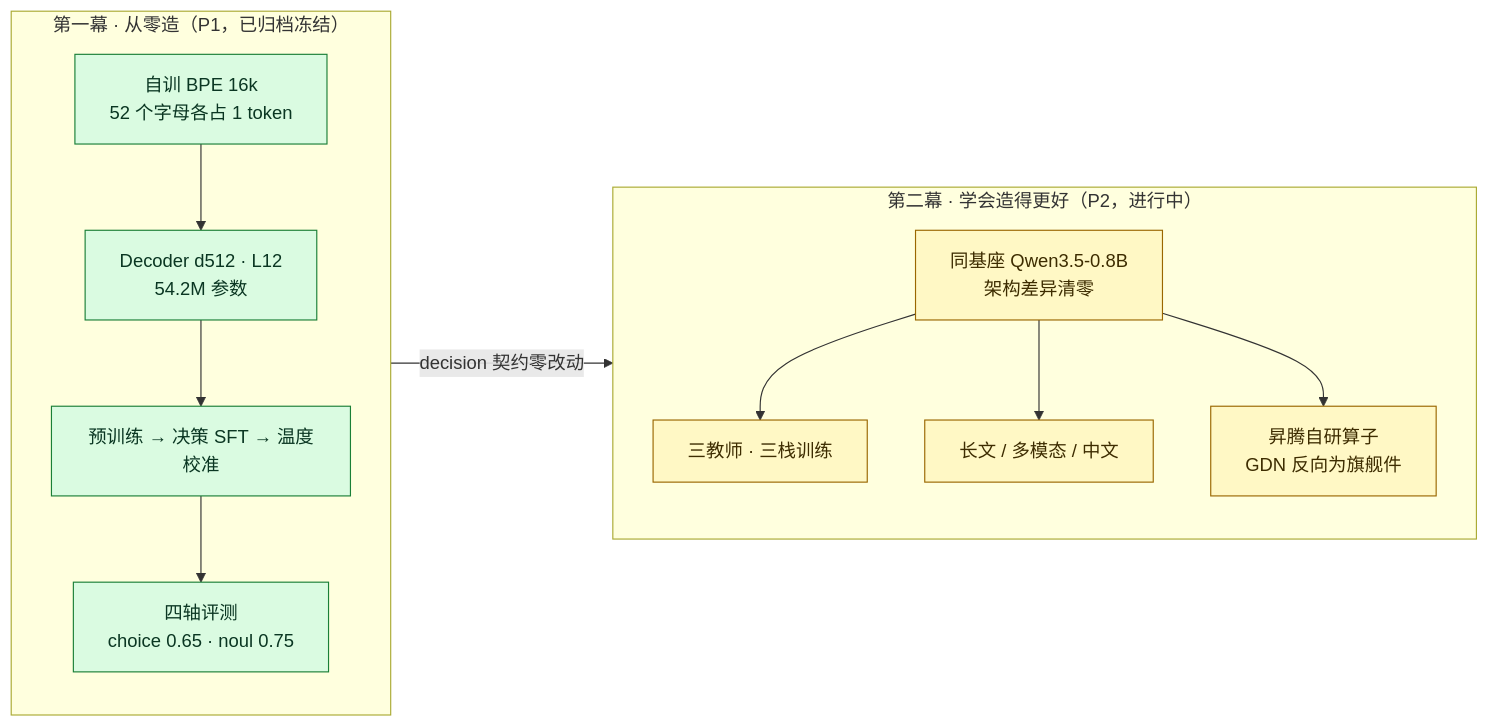
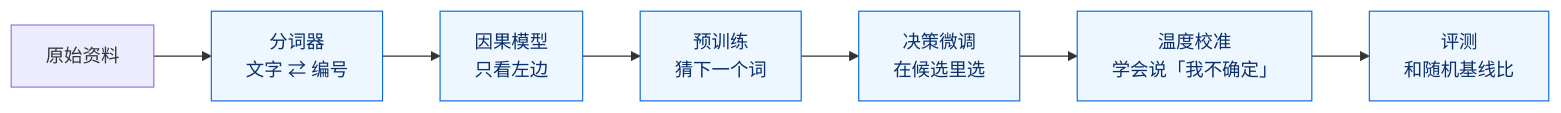
One commit to SpellingDragon/system-one-study changed the first of 2 diagrams in README.md. Above: the diagram before and after it, drawn with Mermaid. The commit also changed other lines of this file, not shown here.

````diff
--- a/README.md
+++ b/README.md
@@ -20,21 +32,11 @@
 ```mermaid
 flowchart LR
-  subgraph P1["第一幕 · 从零造（P1，已归档冻结）"]
-    direction TB
-    A1["自训 BPE 16k<br/>52 个字母各占 1 token"] --> A2["Decoder d512 · L12<br/>54.2M 参数"]
-    A2 --> A3["预训练 → 决策 SFT → 温度校准"]
-    A3 --> A4["四轴评测<br/>choice 0.65 · noul 0.75"]
-  end
-  subgraph P2["第二幕 · 学会造得更好（P2，进行中）"]
-    direction TB
-    B0["同基座 Qwen3.5-0.8B<br/>架构差异清零"] --> B1["三教师 · 三栈训练"]
-    B0 --> B2["长文 / 多模态 / 中文"]
-    B0 --> B3["昇腾自研算子<br/>GDN 反向为旗舰件"]
-  end
-  A4 -->|"decision 契约零改动"| B0
-  classDef done fill:#dafbe1,stroke:#1a7f37,color:#0a3622
-  classDef part fill:#fff8c5,stroke:#9a6700,color:#3d2c00
-  classDef wait fill:#eaeef2,stroke:#57606a,color:#24292f
-  class A1,A2,A3,A4 done
-  class B0,B1,B2,B3 part
+  D["原始资料"] --> T["分词器<br/>文字 ⇄ 编号"]
+  T --> M["因果模型<br/>只看左边"]
+  M --> P["预训练<br/>猜下一个词"]
+  P --> S["决策微调<br/>在候选里选"]
+  S --> C["温度校准<br/>学会说「我不确定」"]
+  C --> E["评测<br/>和随机基线比"]
+  classDef chapter fill:#eef6ff,stroke:#0969da,color:#0a3069
+  class T,M,P,S,C,E chapter
 ```
````
